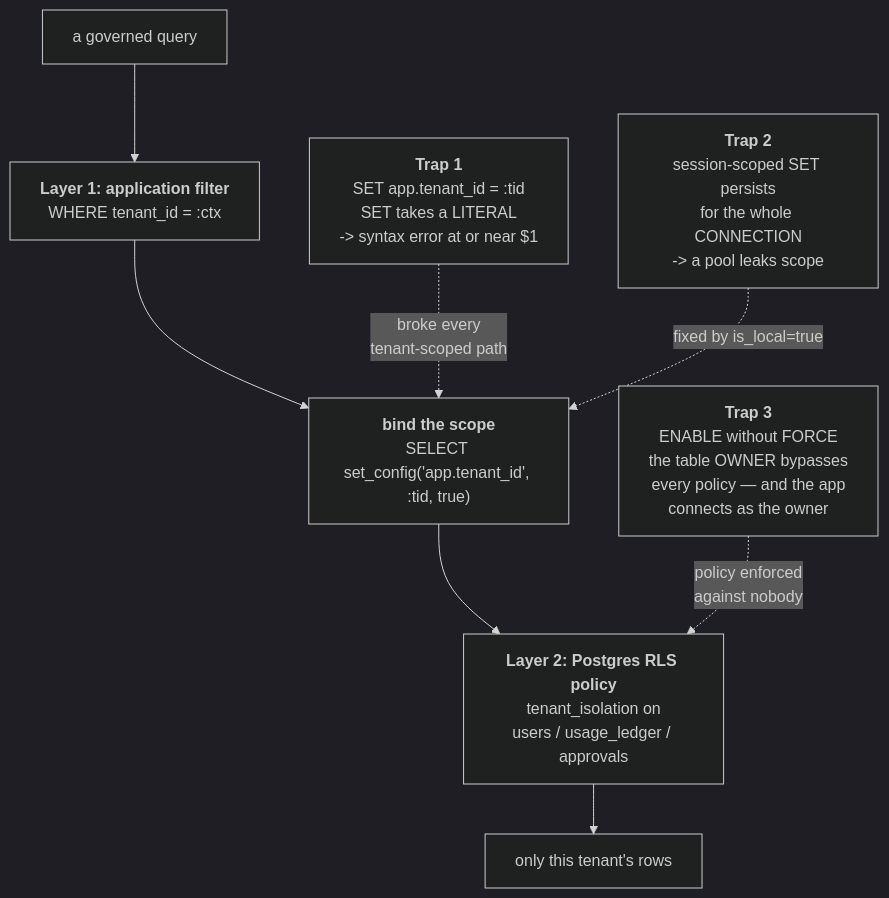
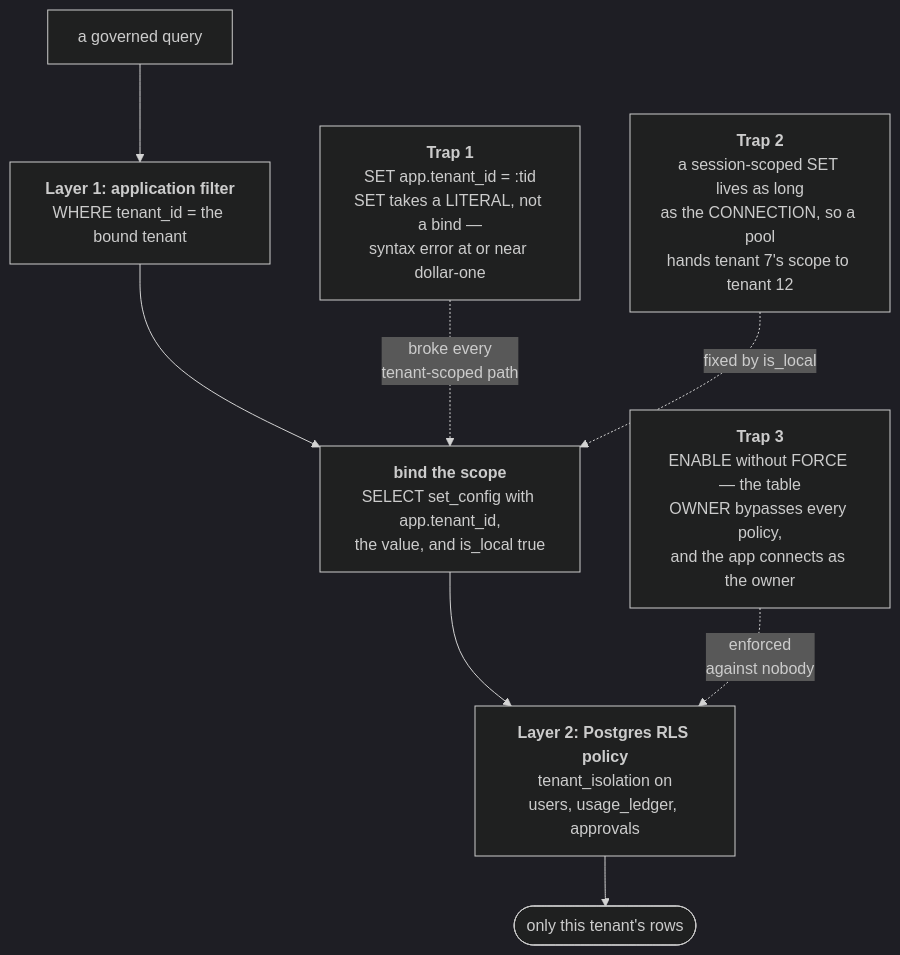
One commit to yrevash/aegis changed the second of 5 diagrams in docs/teaching/governance/40-diagrams.md. Above: the diagram before and after it, drawn with Mermaid (dark theme). The commit also changed other lines of this file and 111 other files, not shown here.

````diff
--- a/docs/teaching/governance/40-diagrams.md
+++ b/docs/teaching/governance/40-diagrams.md
@@ -73,13 +48,13 @@
 ```mermaid
 flowchart TB
-    Q["a governed query"] --> L1["<b>Layer 1: application filter</b><br/>WHERE tenant_id = :ctx"]
-    L1 --> BINDG["<b>bind the scope</b><br/>SELECT set_config('app.tenant_id', :tid, true)"]
-    BINDG --> L2["<b>Layer 2: Postgres RLS policy</b><br/>tenant_isolation on<br/>users / usage_ledger / approvals"]
-    L2 --> ROWS["only this tenant's rows"]
+    Q["a governed query"] --> L1["<b>Layer 1: application filter</b><br/>WHERE tenant_id = the bound tenant"]
+    L1 --> BINDG["<b>bind the scope</b><br/>SELECT set_config with app.tenant_id,<br/>the value, and is_local true"]
+    BINDG --> L2["<b>Layer 2: Postgres RLS policy</b><br/>tenant_isolation on<br/>users, usage_ledger, approvals"]
+    L2 --> ROWS(["only this tenant's rows"])
 
-    T1["<b>Trap 1</b><br/>SET app.tenant_id = :tid<br/>SET takes a LITERAL<br/>-> syntax error at or near $1"] -.->|"broke every<br/>tenant-scoped path"| BINDG
+    T1["<b>Trap 1</b><br/>SET app.tenant_id = :tid<br/>SET takes a LITERAL, not a bind —<br/>syntax error at or near dollar-one"] -.->|"broke every<br/>tenant-scoped path"| BINDG
 
-    T2["<b>Trap 2</b><br/>session-scoped SET persists<br/>for the whole CONNECTION<br/>-> a pool leaks scope"] -.->|"fixed by is_local=true"| BINDG
+    T2["<b>Trap 2</b><br/>a session-scoped SET lives as long<br/>as the CONNECTION, so a pool<br/>hands tenant 7's scope to tenant 12"] -.->|"fixed by is_local"| BINDG
 
-    T3["<b>Trap 3</b><br/>ENABLE without FORCE<br/>the table OWNER bypasses<br/>every policy — and the app<br/>connects as the owner"] -.->|"policy enforced<br/>against nobody"| L2
+    T3["<b>Trap 3</b><br/>ENABLE without FORCE — the table<br/>OWNER bypasses every policy,<br/>and the app connects as the owner"] -.->|"enforced<br/>against nobody"| L2
 ```
````
